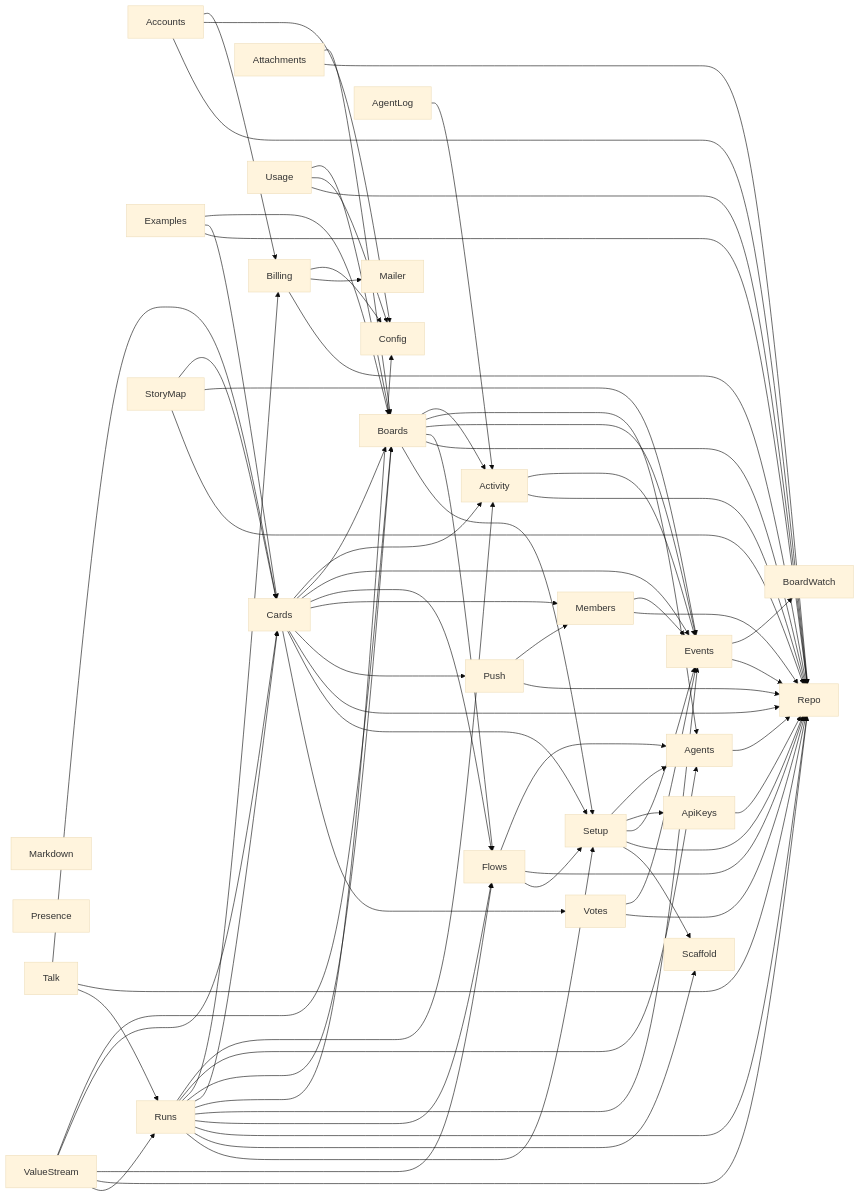
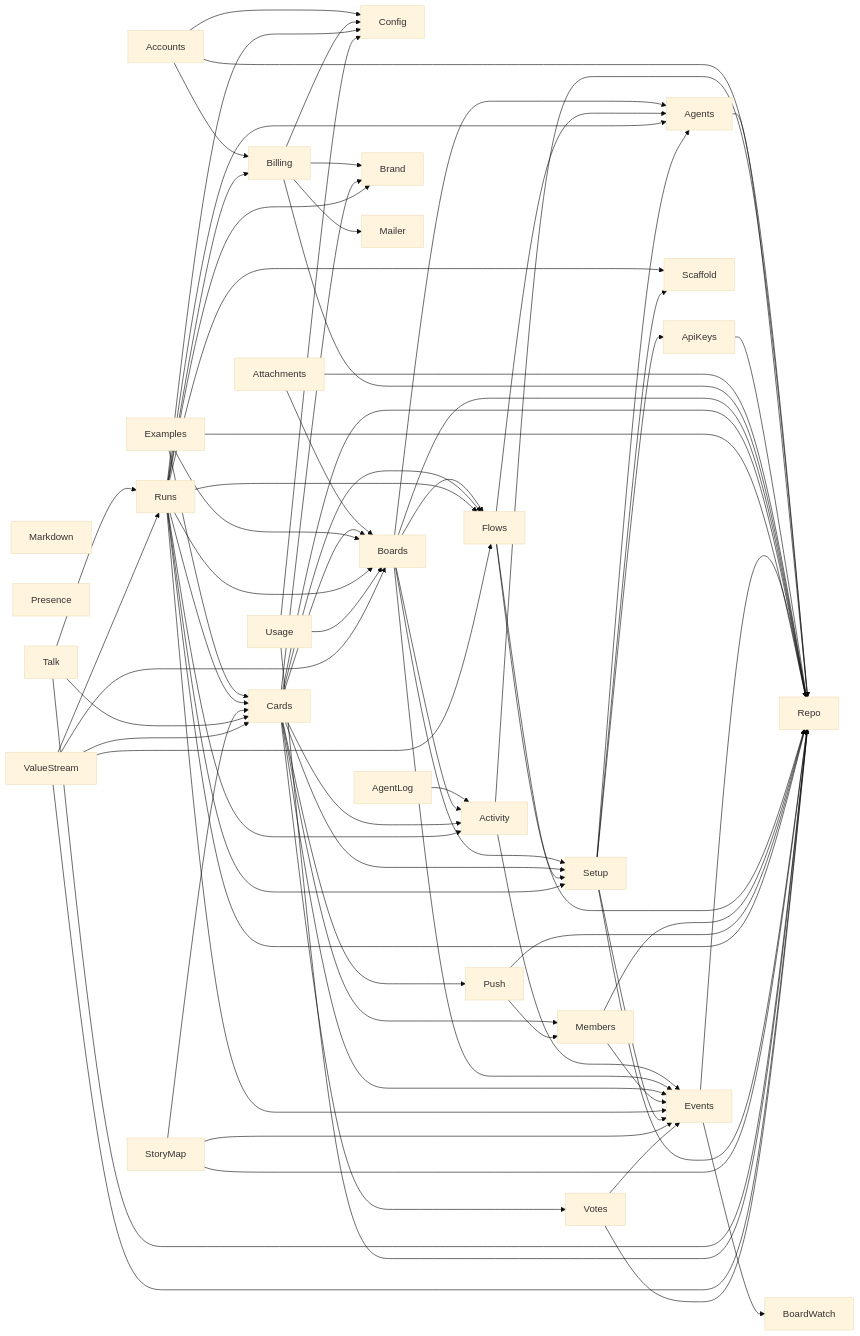
The second of 2 diagrams in docs/architecture/deps.md (jeremylightsmith/relay), drawn with Mermaid (base theme) before and after one commit. The commit also changed 104 other files, not shown here.

````diff
--- a/docs/architecture/deps.md
+++ b/docs/architecture/deps.md
@@ -29,77 +29,80 @@
 ```mermaid
 flowchart LR
     Markdown
     Presence
     Accounts --> Billing
     Accounts --> Config
     Accounts --> Repo
     Activity --> Events
     Activity --> Repo
     AgentLog --> Activity
     Agents --> Repo
     ApiKeys --> Repo
     Attachments --> Boards
     Attachments --> Repo
+    Billing --> Brand
     Billing --> Config
     Billing --> Mailer
     Billing --> Repo
     Boards --> Activity
     Boards --> Agents
     Boards --> Events
     Boards --> Flows
     Boards --> Repo
     Boards --> Setup
     Cards --> Activity
     Cards --> Boards
+    Cards --> Brand
     Cards --> Events
     Cards --> Flows
     Cards --> Members
     Cards --> Push
     Cards --> Repo
     Cards --> Setup
     Cards --> Votes
     Events --> BoardWatch
     Events --> Repo
     Examples --> Boards
     Examples --> Cards
     Examples --> Repo
     Flows --> Agents
     Flows --> Repo
     Flows --> Setup
     Members --> Events
     Members --> Repo
     Push --> Members
     Push --> Repo
     Runs --> Activity
     Runs --> Agents
     Runs --> Billing
     Runs --> Boards
+    Runs --> Brand
     Runs --> Cards
     Runs --> Config
     Runs --> Events
     Runs --> Flows
     Runs --> Repo
     Runs --> Scaffold
     Runs --> Setup
     Setup --> Agents
     Setup --> ApiKeys
     Setup --> Events
     Setup --> Repo
     Setup --> Scaffold
     StoryMap --> Cards
     StoryMap --> Events
     StoryMap --> Repo
     Talk --> Cards
     Talk --> Repo
     Talk --> Runs
     Usage --> Boards
     Usage --> Config
     Usage --> Repo
     ValueStream --> Boards
     ValueStream --> Cards
     ValueStream --> Flows
     ValueStream --> Repo
     ValueStream --> Runs
     Votes --> Events
     Votes --> Repo
 ```
````
